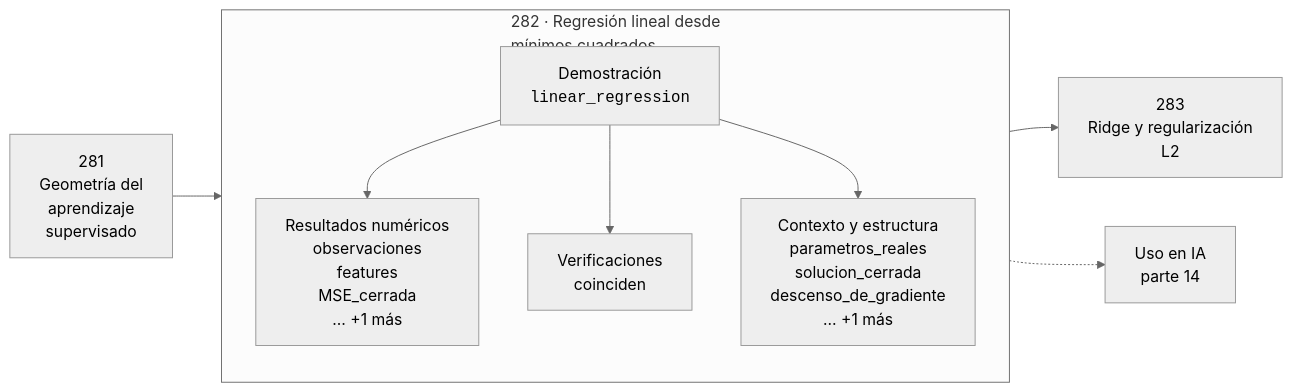
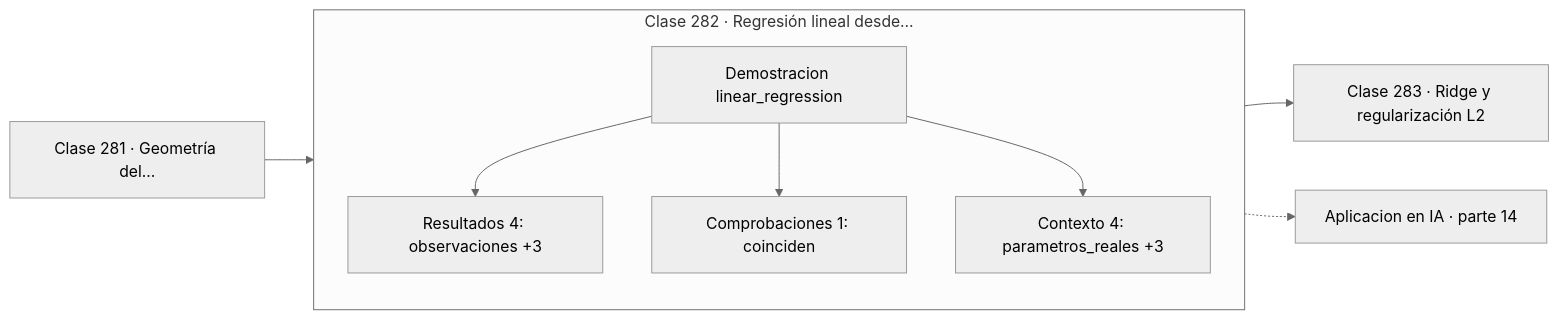
The diagram in classes/part-14-matematica-de-machine-learning/282-regresion-lineal-desde-minimos-cuadrados/README.md (vladimiracunadev-create/computational-mathematics-program), drawn with Mermaid (neutral theme) before and after one commit. The commit also changed 389 other files, not shown here.

First line of the commit message:
fix(diagramas): elimina el HTML de las etiquetas Mermaid

````diff
--- a/classes/part-14-matematica-de-machine-learning/282-regresion-lineal-desde-minimos-cuadrados/README.md
+++ b/classes/part-14-matematica-de-machine-learning/282-regresion-lineal-desde-minimos-cuadrados/README.md
@@ -30,12 +30,13 @@
 ```mermaid
 flowchart LR
-    P["281<br/>Geometría del<br/>aprendizaje<br/>supervisado"] --> C
-    subgraph C["282 · Regresión lineal desde<br/>mínimos cuadrados"]
+    P["Clase 281 · Geometría del…"] --> D
+    subgraph CLASE["Clase 282 · Regresión lineal desde…"]
         direction TB
-        D["Demostración<br/><code>linear_regression</code>"] --> R["Resultados numéricos<br/>observaciones<br/>features<br/>MSE_cerrada<br/>… +1 más"]
-        D --> V["Verificaciones<br/>coinciden"]
-        D --> O["Contexto y estructura<br/>parametros_reales<br/>solucion_cerrada<br/>descenso_de_gradiente<br/>… +1 más"]
+        D["Demostracion linear_regression"]
+        D --> R["Resultados 4: observaciones +3"]
+        D --> V["Comprobaciones 1: coinciden"]
+        D --> O["Contexto 4: parametros_reales +3"]
     end
-    C --> N["283<br/>Ridge y regularización<br/>L2"]
-    C -.-> IA["Uso en IA<br/>parte 14"]
+    R --> N["Clase 283 · Ridge y regularización L2"]
+    V -.-> IA["Aplicacion en IA · parte 14"]
 ```
````
